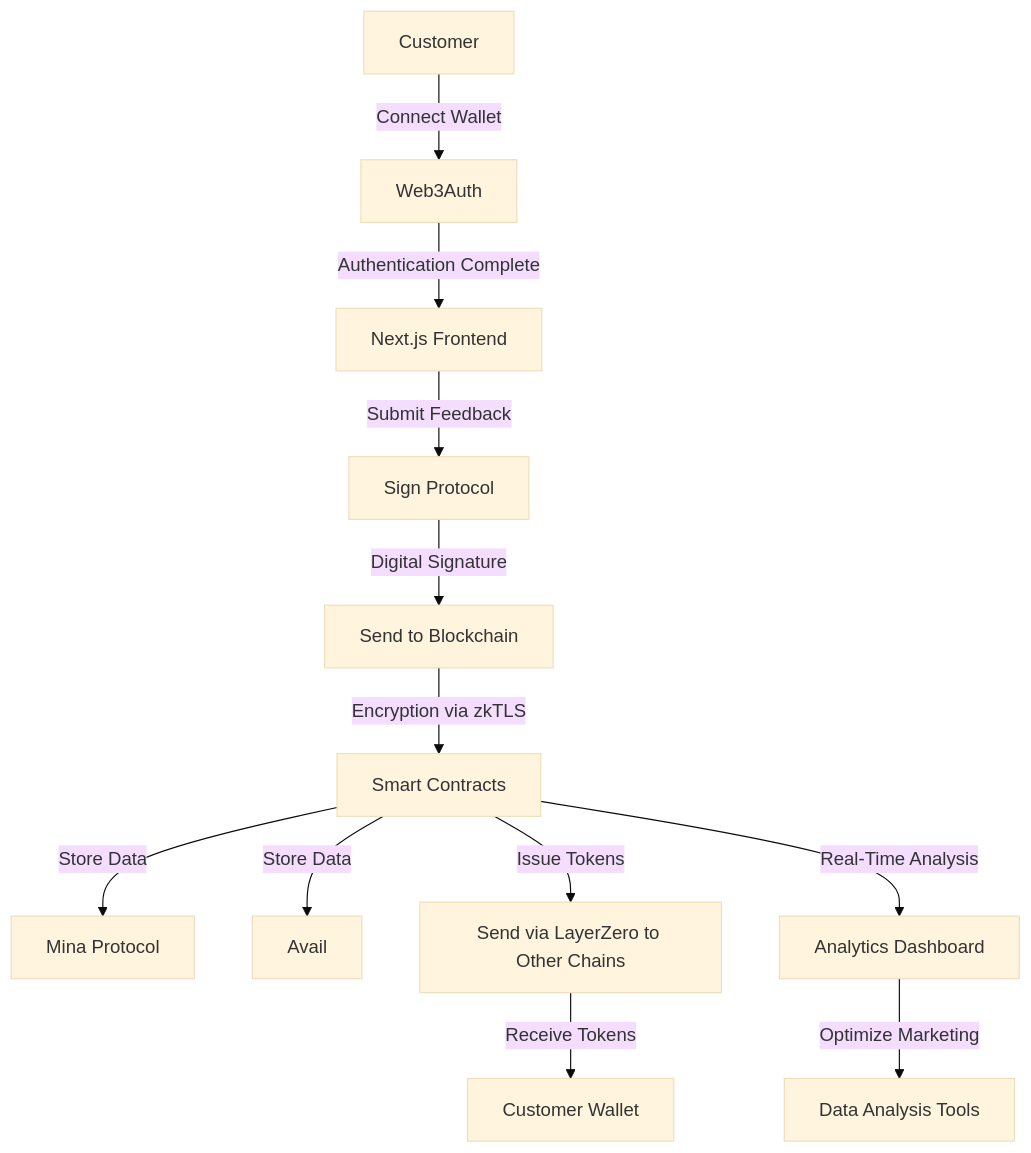
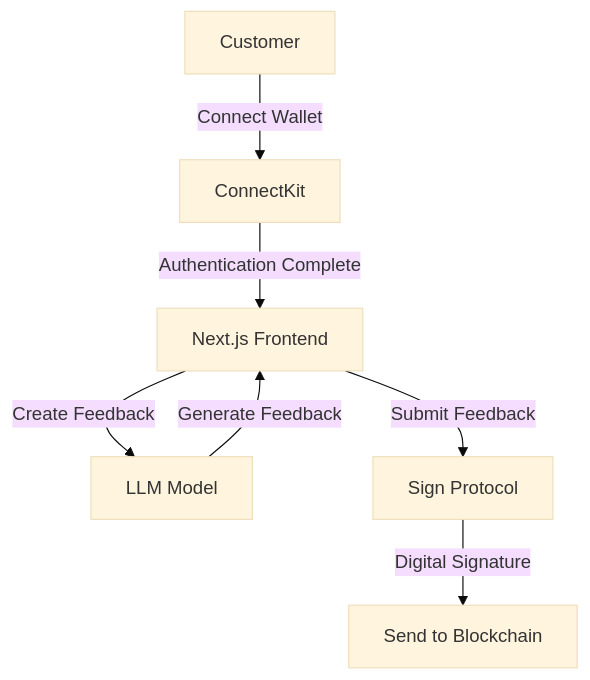
Before and after one commit to susumutomita/ETHOnline2024: the diagram in README.md, drawn with Mermaid (base theme). The commit also changed other lines of this file and 34 other files, not shown here.

````diff
--- a/README.md
+++ b/README.md
@@ -27,14 +32,9 @@
 ```mermaid
 graph TD
-    A[Customer] -->|Connect Wallet| B[Web3Auth]
+    A[Customer] -->|Connect Wallet| B[ConnectKit]
     B -->|Authentication Complete| C[Next.js Frontend]
+    C -->|Create Feedback| F[LLM Model]
+    F -->|Generate Feedback| C
     C -->|Submit Feedback| D[Sign Protocol]
     D -->|Digital Signature| E[Send to Blockchain]
-    E -->|Encryption via zkTLS| F[Smart Contracts]
-    F -->|Store Data| G[Mina Protocol]
-    F -->|Store Data| H[Avail]
-    F -->|Issue Tokens| I[Send via LayerZero to Other Chains]
-    I -->|Receive Tokens| J[Customer Wallet]
-    F -->|Real-Time Analysis| K[Analytics Dashboard]
-    K -->|Optimize Marketing| L[Data Analysis Tools]
 ```
````
